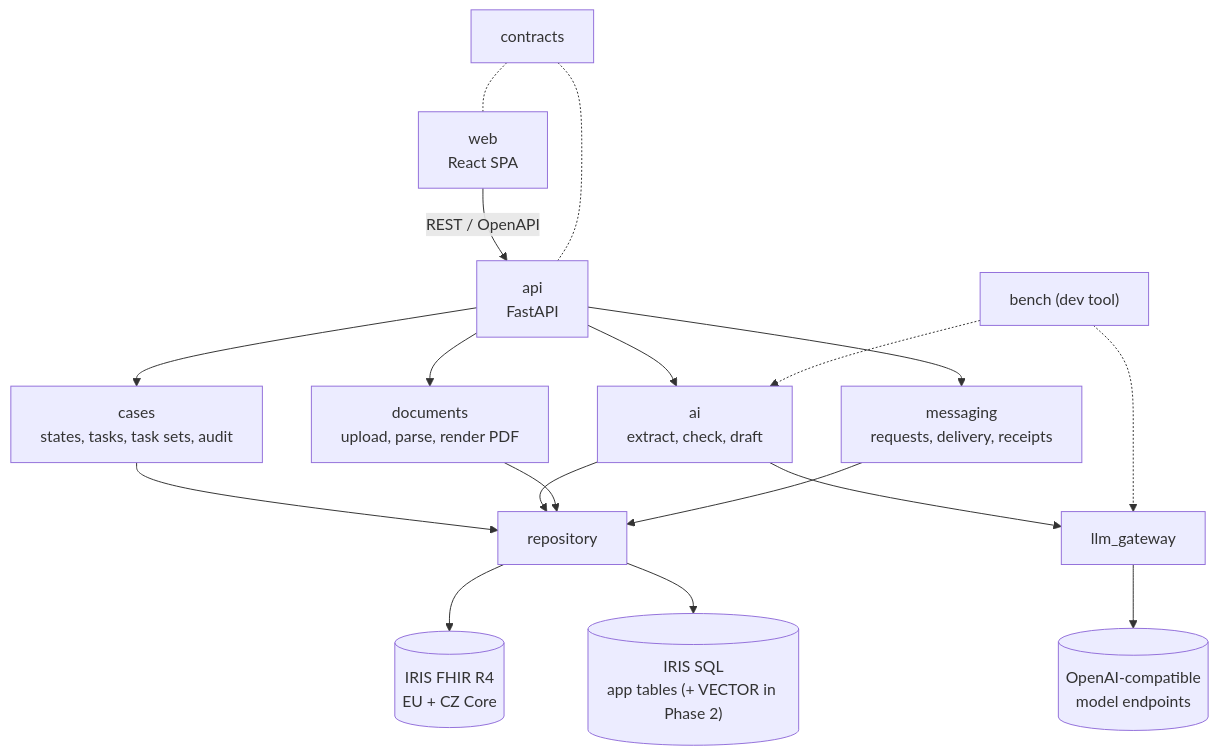
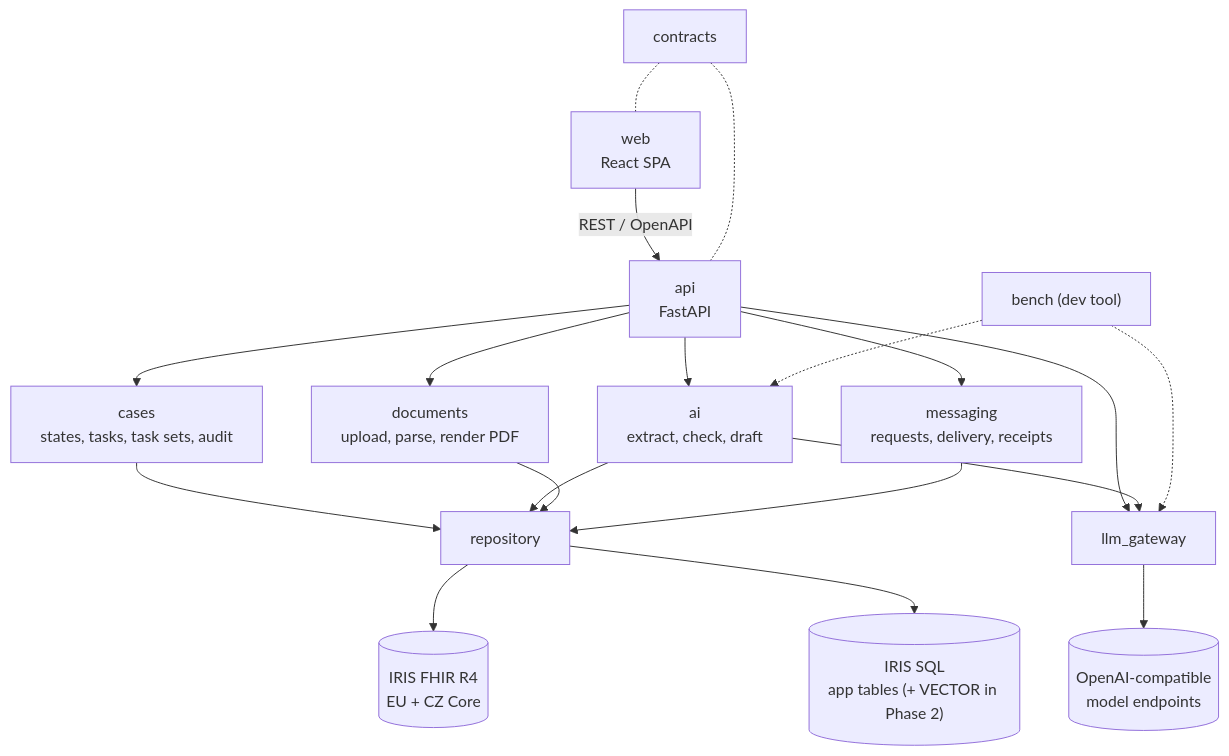
One commit to darkmackov/AI-Rackathon2026-Nessio changed the first of 4 diagrams in docs/architecture.md. Above: the diagram before and after it, drawn with Mermaid. The commit also changed 15 other files, not shown here.

````diff
--- a/docs/architecture.md
+++ b/docs/architecture.md
@@ -21,20 +21,21 @@
 ```mermaid
 flowchart TD
   web["web<br/>React SPA"] -->|REST / OpenAPI| api["api<br/>FastAPI"]
   api --> cases["cases<br/>states, tasks, task sets, audit"]
   api --> ai["ai<br/>extract, check, draft"]
+  api --> llm
   api --> documents["documents<br/>upload, parse, render PDF"]
   api --> messaging["messaging<br/>requests, delivery, receipts"]
   cases --> repo["repository"]
   ai --> repo
   documents --> repo
   messaging --> repo
   ai --> llm["llm_gateway"]
   llm --> models[("OpenAI-compatible<br/>model endpoints")]
   repo --> fhir[("IRIS FHIR R4<br/>EU + CZ Core")]
   repo --> sql[("IRIS SQL<br/>app tables (+ VECTOR in Phase 2)")]
   bench["bench (dev tool)"] -.-> ai
   bench -.-> llm
   contracts["contracts"] -.- api
   contracts -.- web
 ```
````
